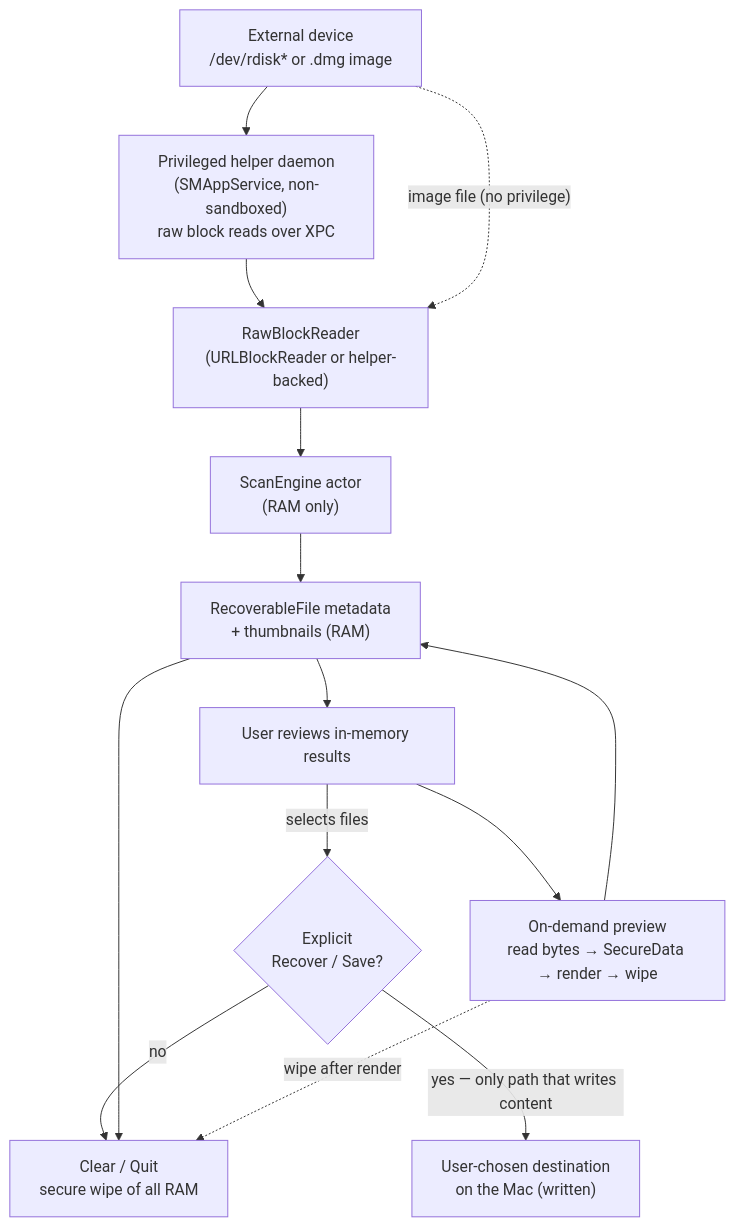
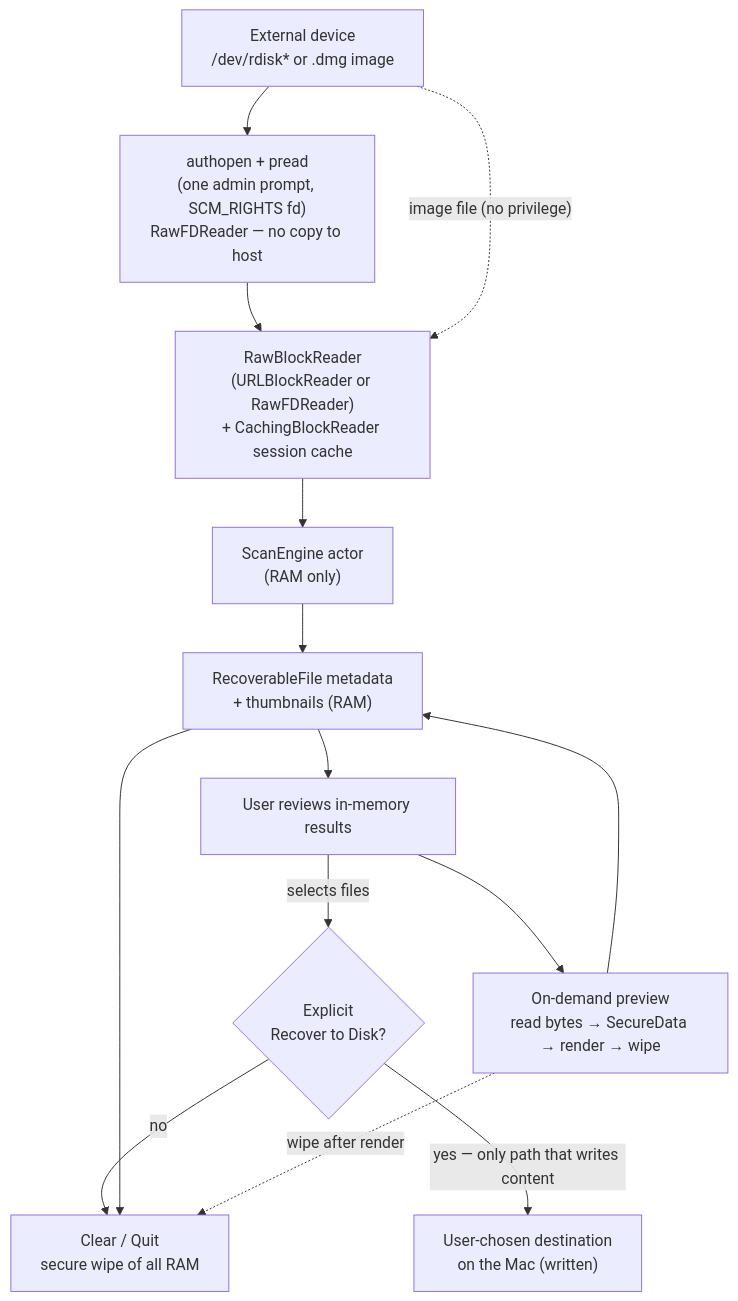
One commit to ethancooke/RecoverD changed the diagram in docs/ARCHITECTURE.md. Above: the diagram before and after it, drawn with Mermaid. The commit also changed other lines of this file and 13 other files, not shown here.

````diff
--- a/docs/ARCHITECTURE.md
+++ b/docs/ARCHITECTURE.md
@@ -42,26 +48,26 @@
 ```mermaid
 flowchart TD
     DEV["External device<br/>/dev/rdisk* or .dmg image"]
-    HELPER["Privileged helper daemon<br/>(SMAppService, non-sandboxed)<br/>raw block reads over XPC"]
-    READER["RawBlockReader<br/>(URLBlockReader or helper-backed)"]
+    AUTHOPEN["authopen + pread<br/>(one admin prompt, SCM_RIGHTS fd)<br/>RawFDReader — no copy to host"]
+    READER["RawBlockReader<br/>(URLBlockReader or RawFDReader)<br/>+ CachingBlockReader session cache"]
     ENGINE["ScanEngine actor<br/>(RAM only)"]
     META["RecoverableFile metadata<br/>+ thumbnails (RAM)"]
     PREVIEW["On-demand preview<br/>read bytes → SecureData → render → wipe"]
     USER["User reviews in-memory results"]
-    EXPORT{"Explicit<br/>Recover / Save?"}
+    EXPORT{"Explicit<br/>Recover to Disk?"}
     DISK["User-chosen destination<br/>on the Mac (written)"]
     CLEAR["Clear / Quit<br/>secure wipe of all RAM"]
 
-    DEV --> HELPER --> READER
+    DEV --> AUTHOPEN --> READER
     DEV -. "image file (no privilege)" .-> READER
     READER --> ENGINE
     ENGINE --> META
     META --> USER
     USER --> PREVIEW
     PREVIEW --> META
     USER -->|selects files| EXPORT
     EXPORT -->|yes — only path that writes content| DISK
     EXPORT -->|no| CLEAR
     META --> CLEAR
     PREVIEW -. "wipe after render" .-> CLEAR
 ```
````
